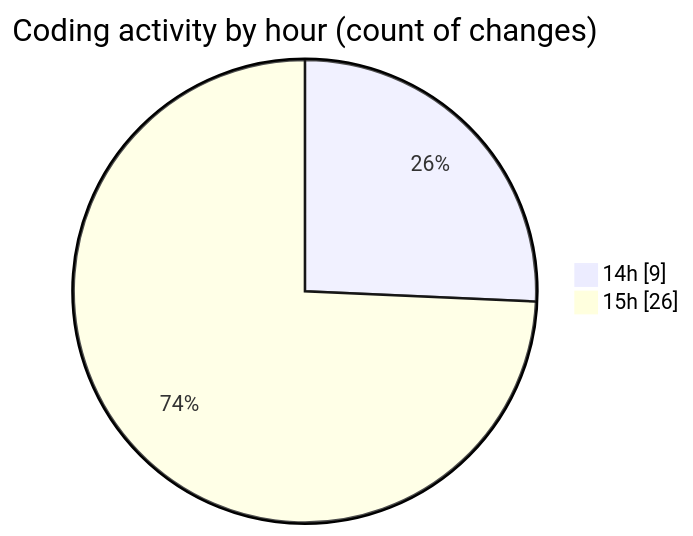
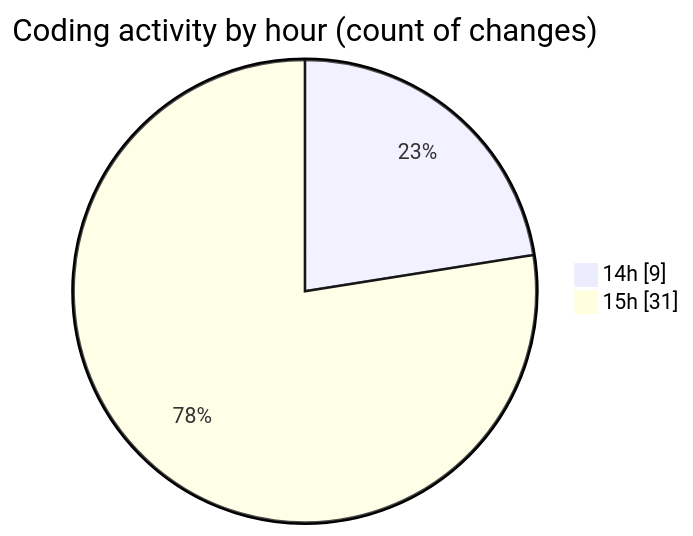
One commit to Ritupan-Deka/code-tracking changed the second of 2 diagrams in 2025-06-17/projects/README.md. Above: the diagram before and after it, drawn with Mermaid. The commit also changed other lines of this file and 1 other file, not shown here.

````diff
--- a/2025-06-17/projects/README.md
+++ b/2025-06-17/projects/README.md
@@ -28,6 +28,6 @@
 ```mermaid
 pie showData
 title Coding activity by hour (count of changes)
 "14h" : 9
-"15h" : 26
+"15h" : 31
 ```
````
